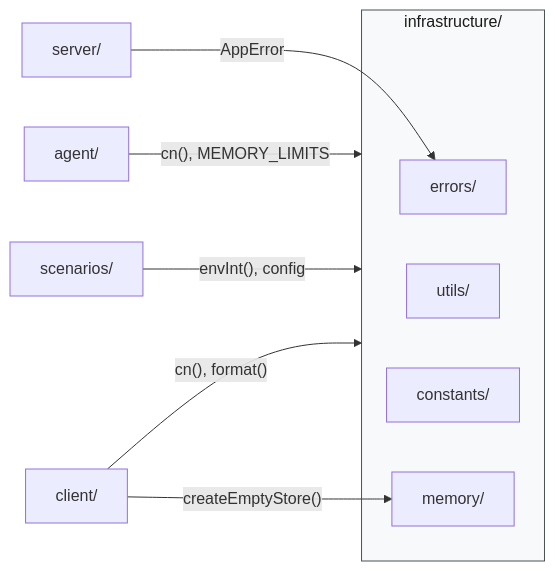
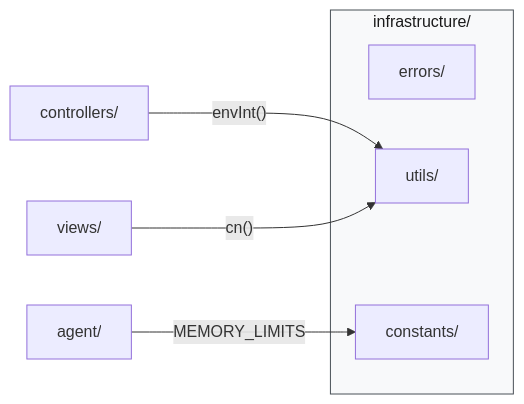
Before and after one commit to yjzaaa/leave-approval-agent: the second of 3 diagrams in src/infrastructure/CLAUDE.md, drawn with Mermaid. The commit also changed other lines of this file and 126 other files, not shown here.

First line of the commit message:
refactor: MVC 全栈重组 — client/server/domain/scenarios → views/controllers/models

````diff
--- a/src/infrastructure/CLAUDE.md
+++ b/src/infrastructure/CLAUDE.md
@@ -62,22 +49,18 @@
 ```mermaid
 graph LR
     subgraph Infra["infrastructure/"]
         Errors["errors/"]
         Utils["utils/"]
         Constants["constants/"]
-        MemRT["memory/"]
     end
 
     Agent["agent/"]
-    Plugins["scenarios/"]
-    Client["client/"]
-    Server["server/"]
+    Controllers["controllers/"]
+    Views["views/"]
 
-    Agent -->|"cn(), MEMORY_LIMITS"| Infra
-    Plugins -->|"envInt(), config"| Infra
-    Client -->|"cn(), format()"| Infra
-    Client -->|"createEmptyStore()"| MemRT
-    Server -->|"AppError"| Errors
+    Agent -->|"MEMORY_LIMITS"| Constants
+    Controllers -->|"envInt()"| Utils
+    Views -->|"cn()"| Utils
 
     style Infra fill:#f8f9fa,stroke:#495057,color:#1a1a1a
 ```
````
